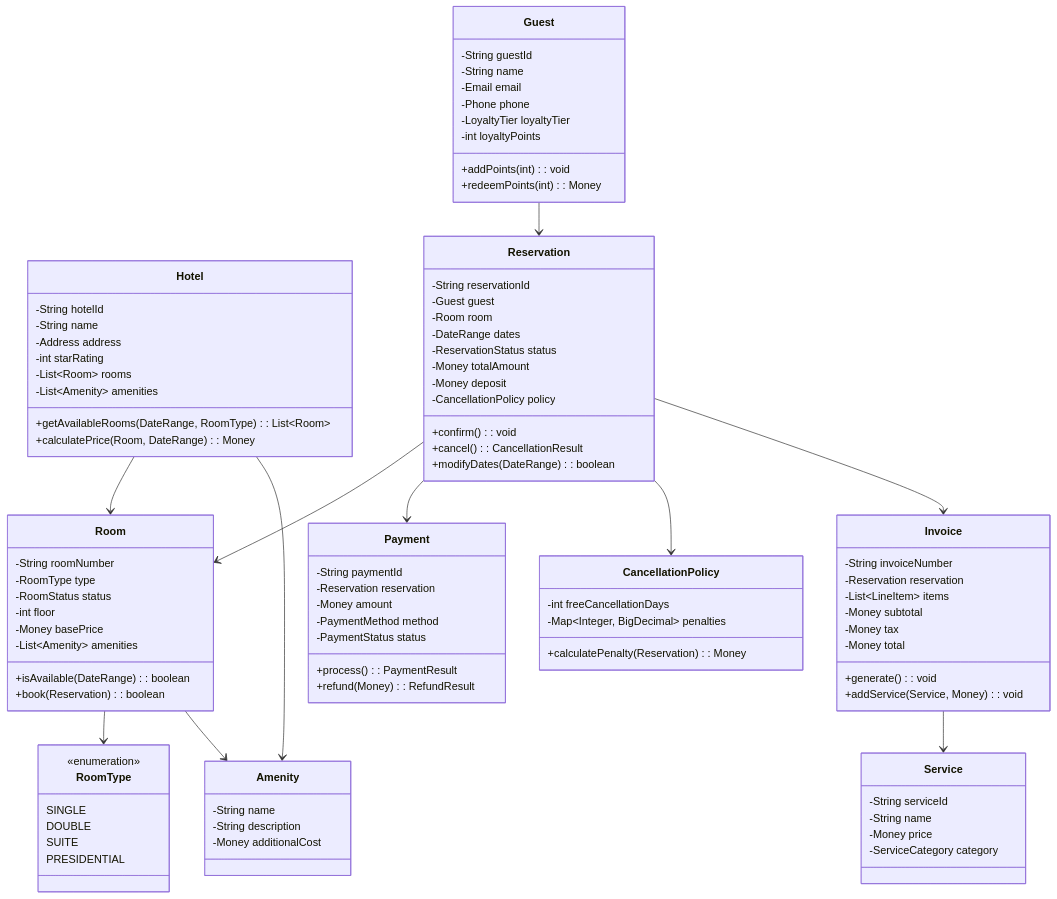
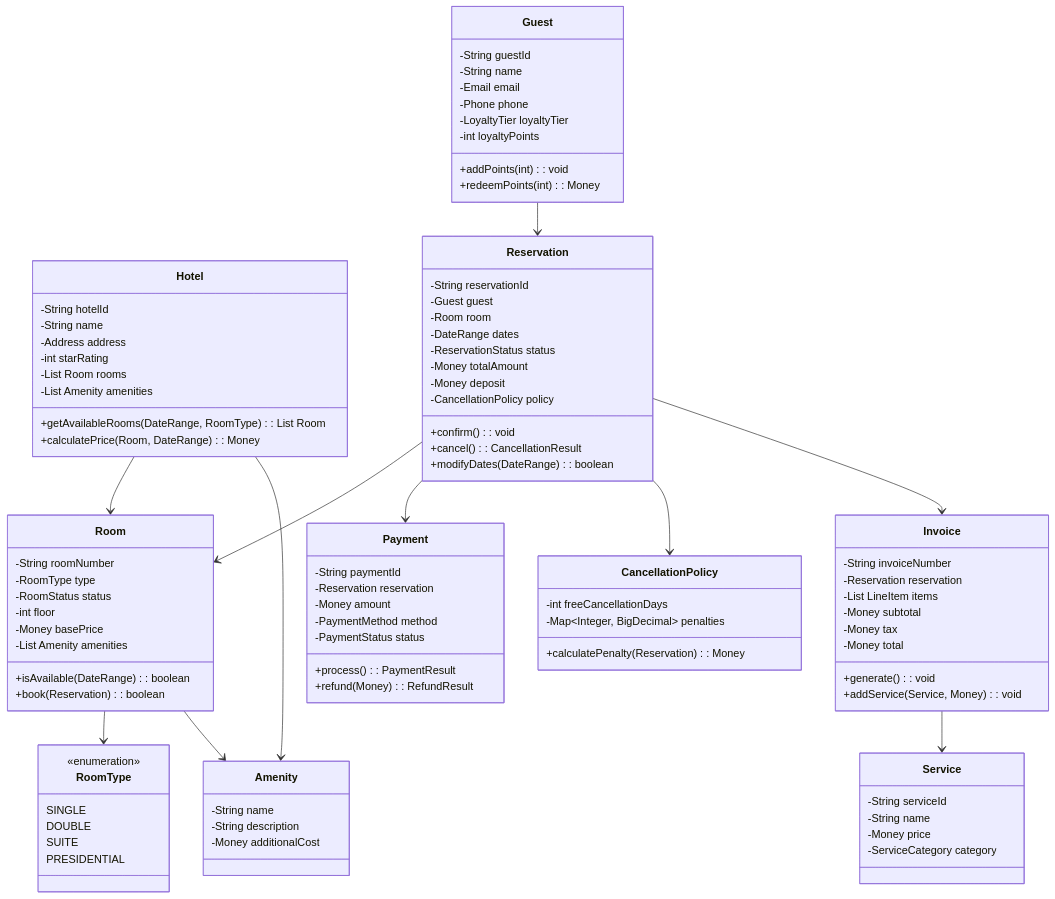
The seventh of 9 diagrams in docs/week1/day3/EXERCISE_SOLUTIONS.md (dlkr18/lld-playbook), drawn with Mermaid before and after one commit. The commit also changed other lines of this file and 26 other files, not shown here.

First line of the commit message:
Fix Mermaid v10 syntax errors in class diagrams.

```diff
--- a/docs/week1/day3/EXERCISE_SOLUTIONS.md
+++ b/docs/week1/day3/EXERCISE_SOLUTIONS.md
@@ -431,9 +431,9 @@
         -String name
         -Address address
         -int starRating
-        -List~Room~ rooms
-        -List~Amenity~ amenities
-        +getAvailableRooms(DateRange, RoomType): List~Room~
+        -List Room rooms
+        -List Amenity amenities
+        +getAvailableRooms(DateRange, RoomType): List Room
         +calculatePrice(Room, DateRange): Money
     }
 
@@ -443,7 +443,7 @@
         -RoomStatus status
         -int floor
         -Money basePrice
-        -List~Amenity~ amenities
+        -List Amenity amenities
         +isAvailable(DateRange): boolean
         +book(Reservation): boolean
     }
@@ -506,7 +506,7 @@
     class Invoice {
         -String invoiceNumber
         -Reservation reservation
-        -List~LineItem~ items
+        -List LineItem items
         -Money subtotal
         -Money tax
         -Money total
```
